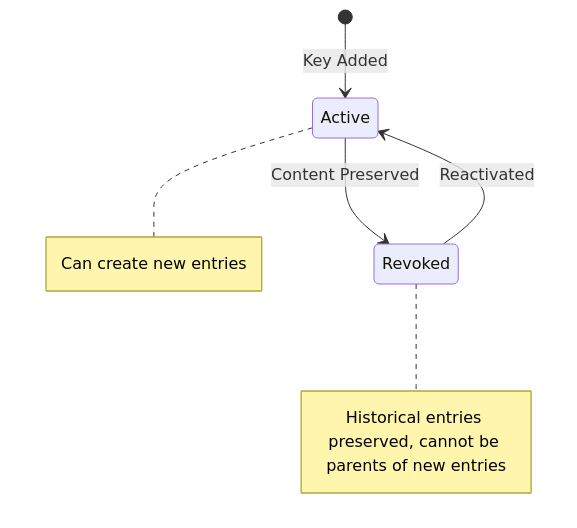
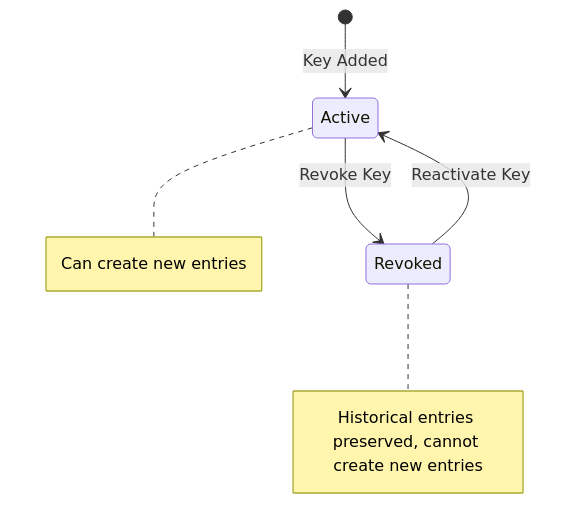
The second of 7 diagrams in docs/src/design/authentication.md (arcuru/eidetica), drawn with Mermaid before and after one commit. The commit also changed other lines of this file and 7 other files, not shown here.

````diff
--- a/docs/src/design/authentication.md
+++ b/docs/src/design/authentication.md
@@ -259,9 +210,9 @@
 ```mermaid
 stateDiagram-v2
     [*] --> Active: Key Added
-    Active --> Revoked: Content Preserved
-    Revoked --> Active: Reactivated
+    Active --> Revoked: Revoke Key
+    Revoked --> Active: Reactivate Key
 
     note right of Active : Can create new entries
-    note right of Revoked : Historical entries preserved, cannot be parents of new entries
+    note right of Revoked : Historical entries preserved, cannot create new entries
 ```
````
